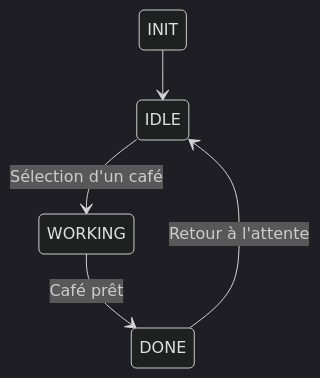
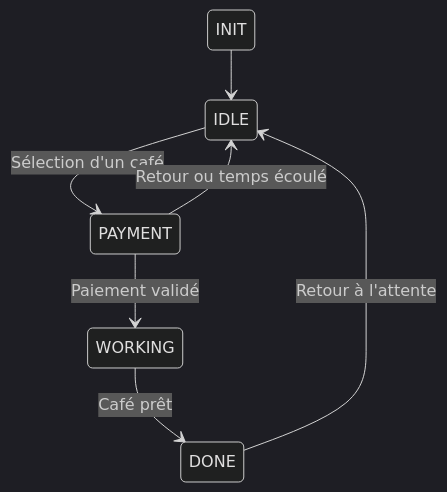
The diagram in README.md (cassoule/tykawa), drawn with Mermaid (dark theme) before and after one commit.

Commit message:
README: state machine schema update

````diff
--- a/README.md
+++ b/README.md
@@ -88,8 +88,10 @@
 ```mermaid
 stateDiagram-v2
 
 INIT --> IDLE
-IDLE --> WORKING : Sélection d'un café
+IDLE --> PAYMENT : Sélection d'un café
+PAYMENT --> IDLE : Retour ou temps écoulé
+PAYMENT --> WORKING : Paiement validé
 WORKING --> DONE : Café prêt
 DONE --> IDLE : Retour à l'attente
 ```
````
